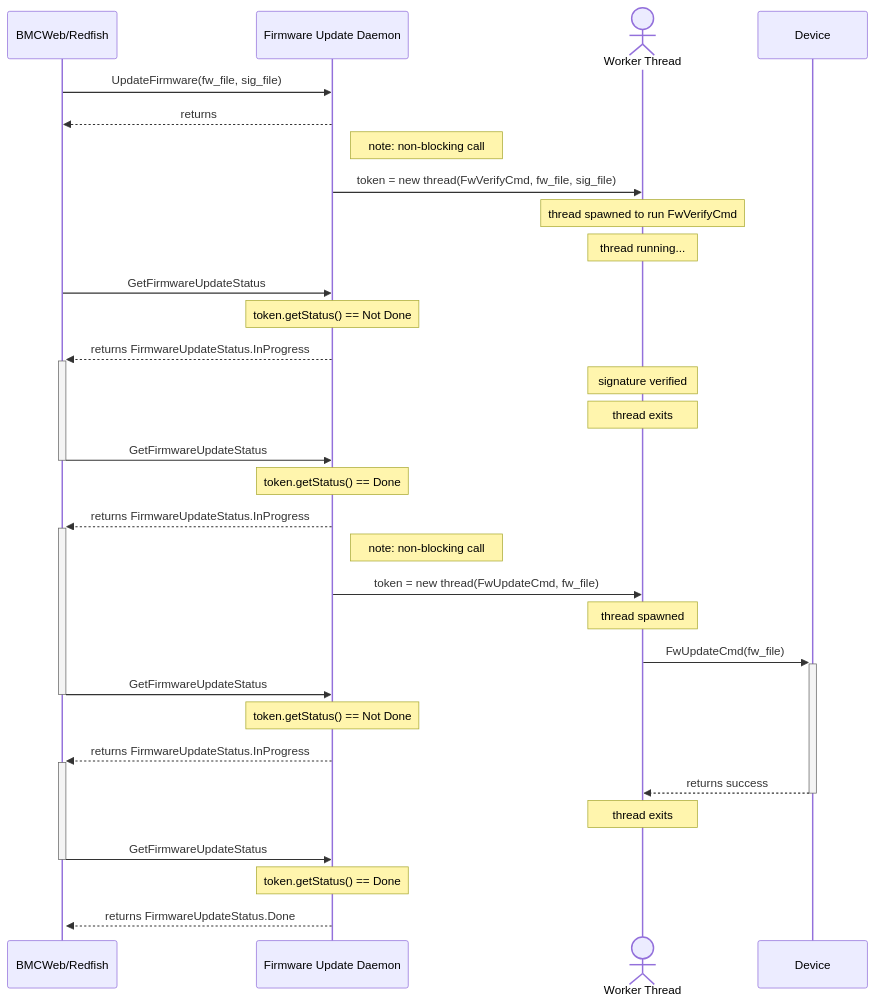
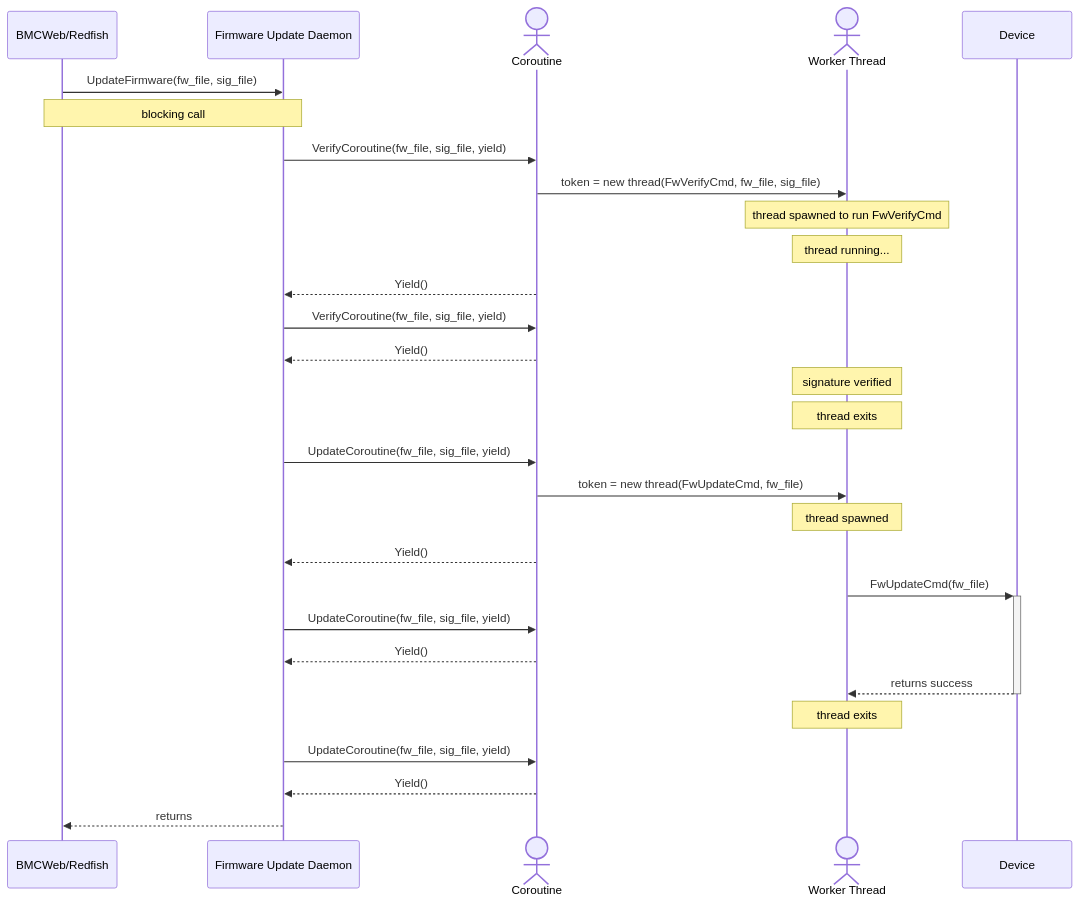
The diagram in update_seq.md (Edmond-Mo/device_update_daemon), drawn with Mermaid before and after one commit.

````diff
--- a/update_seq.md
+++ b/update_seq.md
@@ -1,37 +1,32 @@
 ```mermaid
 sequenceDiagram;
 participant APP as BMCWeb/Redfish
 participant FWD as Firmware Update Daemon
+actor COR as Coroutine
 actor WOK as Worker Thread
 participant DEV as Device
 
 APP ->> FWD: UpdateFirmware(fw_file, sig_file)
-FWD -->> APP: returns
-note right of FWD: note: non-blocking call
-FWD ->> WOK: token = new thread(FwVerifyCmd, fw_file, sig_file)
+note over APP, FWD: blocking call
+FWD ->> COR: VerifyCoroutine(fw_file, sig_file, yield)
+COR ->> WOK: token = new thread(FwVerifyCmd, fw_file, sig_file)
 note over WOK: thread spawned to run FwVerifyCmd
 note over WOK: thread running...
-APP ->> FWD: GetFirmwareUpdateStatus
-note over FWD: token.getStatus() == Not Done
-FWD -->>+ APP: returns FirmwareUpdateStatus.InProgress
-
+COR -->> FWD: Yield()
+FWD ->> COR: VerifyCoroutine(fw_file, sig_file, yield)
+COR -->> FWD: Yield()
 note over WOK: signature verified
 note over WOK: thread exits
-APP ->>- FWD: GetFirmwareUpdateStatus
-note over FWD: token.getStatus() == Done
-FWD -->>+ APP: returns FirmwareUpdateStatus.InProgress
-
-note right of FWD: note: non-blocking call
-FWD ->> WOK: token = new thread(FwUpdateCmd, fw_file)
+FWD ->> COR: UpdateCoroutine(fw_file, sig_file, yield)
+COR ->> WOK: token = new thread(FwUpdateCmd, fw_file)
 note over WOK: thread spawned
+COR -->> FWD: Yield()
 WOK ->>+ DEV: FwUpdateCmd(fw_file)
-APP ->>- FWD: GetFirmwareUpdateStatus
-note over FWD: token.getStatus() == Not Done
-FWD -->>+ APP: returns FirmwareUpdateStatus.InProgress
-
+FWD ->> COR: UpdateCoroutine(fw_file, sig_file, yield)
+COR -->> FWD: Yield()
 DEV -->>- WOK: returns success
 note over WOK: thread exits
-APP ->>- FWD: GetFirmwareUpdateStatus
-note over FWD: token.getStatus() == Done
-FWD -->>+ APP: returns FirmwareUpdateStatus.Done
+FWD ->> COR: UpdateCoroutine(fw_file, sig_file, yield)
+COR -->> FWD: Yield()
+FWD -->> APP: returns
 ```
````
